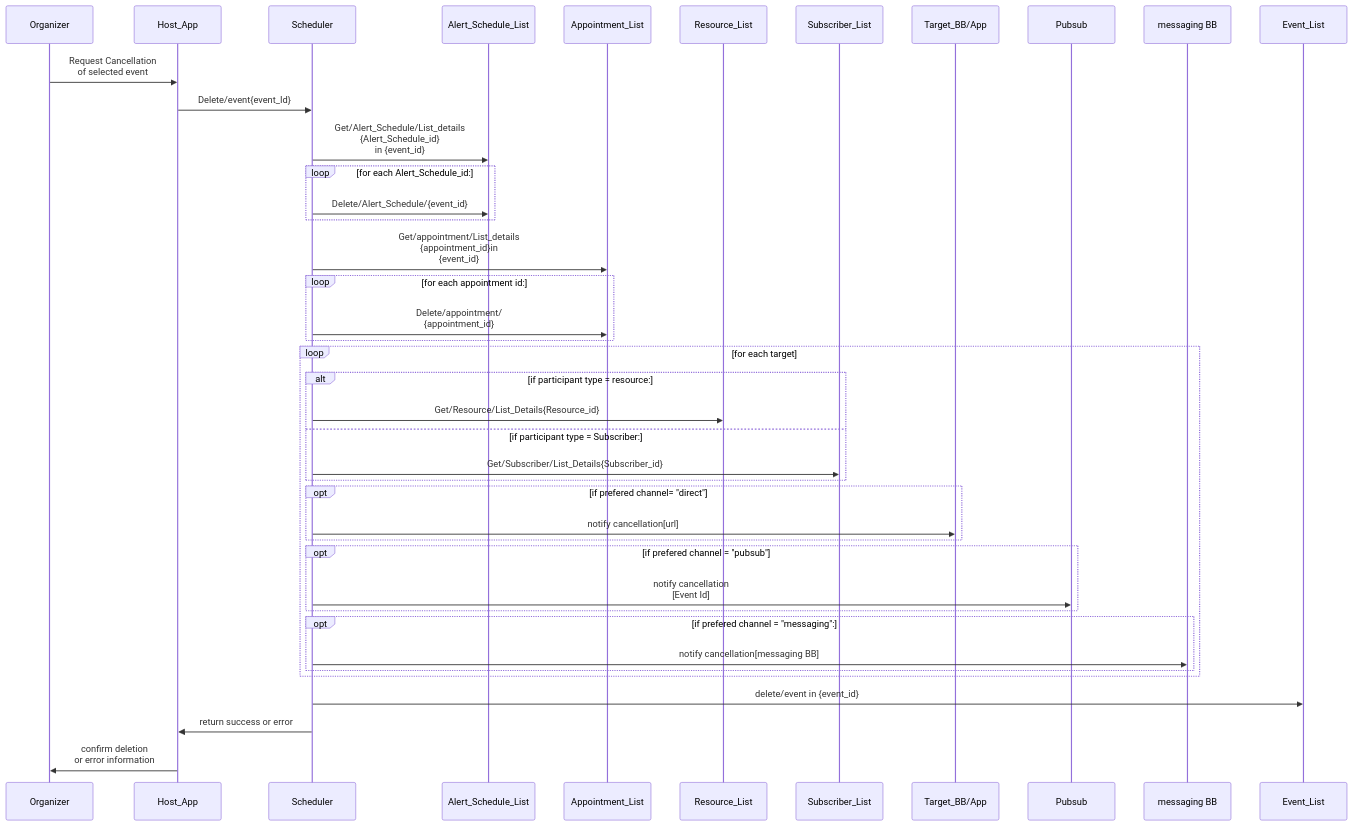
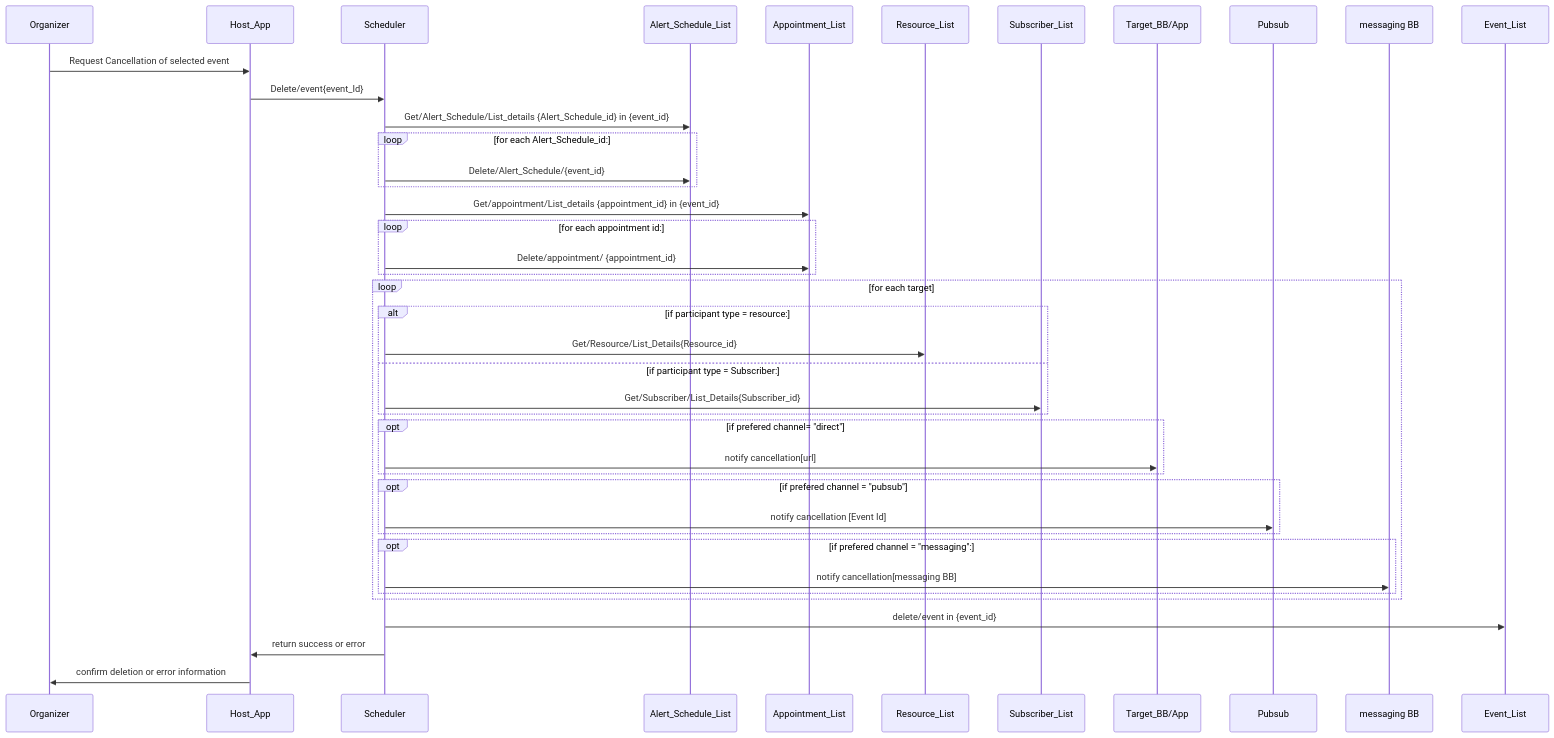
The second of 15 diagrams in spec/9-workflows.md (GovStackWorkingGroup/scheduler), drawn with Mermaid before and after one commit. The commit also changed other lines of this file, not shown here.

Commit message:
GITBOOK-91: change request with no subject merged in GitBook

````diff
--- a/spec/9-workflows.md
+++ b/spec/9-workflows.md
@@ -65,35 +65,33 @@
 ```mermaid
 sequenceDiagram
-Organizer->>Host_App:Request Cancellation <br> of selected event
-Host_App->>Scheduler: Delete/event{event_Id}
-Scheduler->>Alert_Schedule_List: Get/Alert_Schedule/List_details<br>{Alert_Schedule_id}<br>in {event_id}
-loop for each Alert_Schedule_id:
-  Scheduler->>Alert_Schedule_List: Delete/Alert_Schedule/{event_id}
-end
-Scheduler->>Appointment_List: Get/appointment/List_details<br>{appointment_id}in<br> {event_id}
-loop for each appointment id:
-  Scheduler->>Appointment_List: Delete/appointment/<br>{appointment_id}
-end
-
- loop for each target
-   alt if participant type = resource:
-       Scheduler->>Resource_List: Get/Resource/List_Details{Resource_id}
-   else if participant type = Subscriber:
-       Scheduler->>Subscriber_List: Get/Subscriber/List_Details{Subscriber_id}
-   end
-   opt if  prefered channel= "direct"
-       Scheduler->>Target_BB/App: notify cancellation[url] 
+    Organizer->>Host_App: Request Cancellation of selected event
+    Host_App->>Scheduler: Delete/event{event_Id}
+    Scheduler->>Alert_Schedule_List: Get/Alert_Schedule/List_details {Alert_Schedule_id} in {event_id}
+    loop for each Alert_Schedule_id: 
+        Scheduler->>Alert_Schedule_List: Delete/Alert_Schedule/{event_id}
     end
-    opt if prefered channel = "pubsub"
-       Scheduler->>Pubsub: notify cancellation <br>[Event Id] 
+    Scheduler->>Appointment_List: Get/appointment/List_details {appointment_id} in  {event_id}
+    loop for each appointment id:
+        Scheduler->>Appointment_List: Delete/appointment/ {appointment_id}
     end
-    opt if prefered channel = "messaging":
-       Scheduler->>messaging BB: notify cancellation[messaging BB]
+    loop for each target
+        alt if participant type = resource:
+            Scheduler->>Resource_List: Get/Resource/List_Details{Resource_id}
+        else if participant type = Subscriber:
+            Scheduler->>Subscriber_List: Get/Subscriber/List_Details{Subscriber_id}
+        end
+        opt if prefered channel= "direct"
+            Scheduler->>Target_BB/App: notify cancellation[url] 
+        end
+        opt if prefered channel = "pubsub"
+            Scheduler->>Pubsub: notify cancellation [Event Id] 
+        end
+        opt if prefered channel = "messaging":
+            Scheduler->>messaging BB: notify cancellation[messaging BB]
+        end
     end
- end
-
-Scheduler->>Event_List: delete/event in {event_id}
-Scheduler->>Host_App: return success or error
-Host_App->>Organizer:confirm deletion <br>or error information
+    Scheduler->>Event_List: delete/event in {event_id}
+    Scheduler->>Host_App: return success or error
+    Host_App->>Organizer: confirm deletion or error information
 
 ```
````
